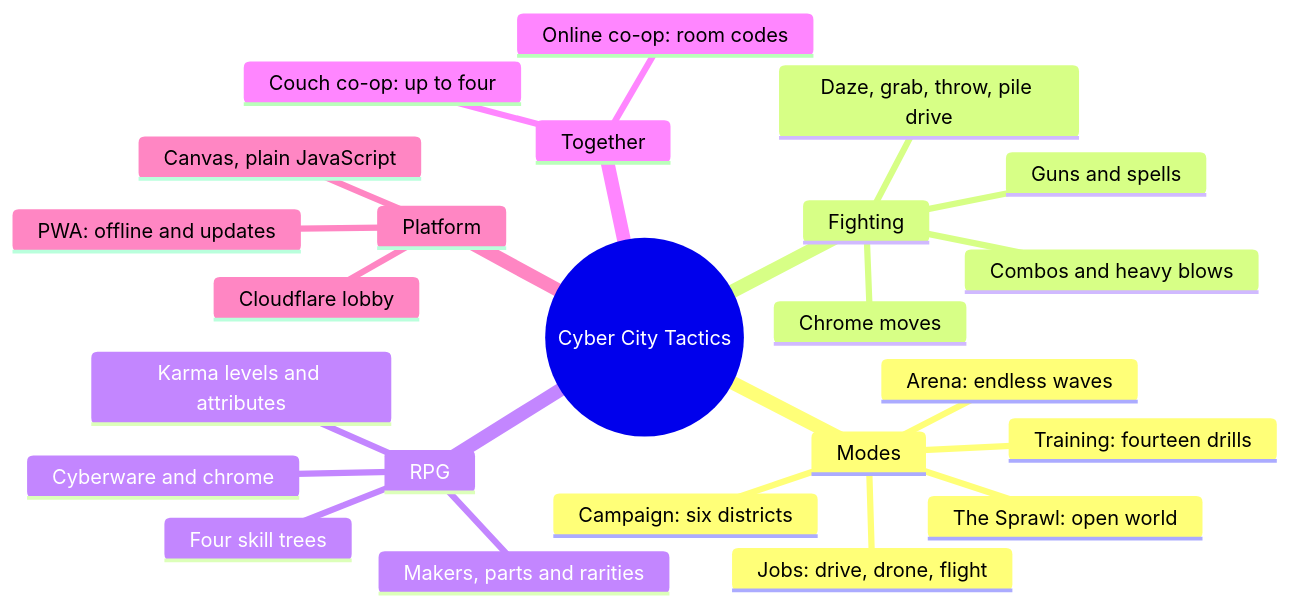
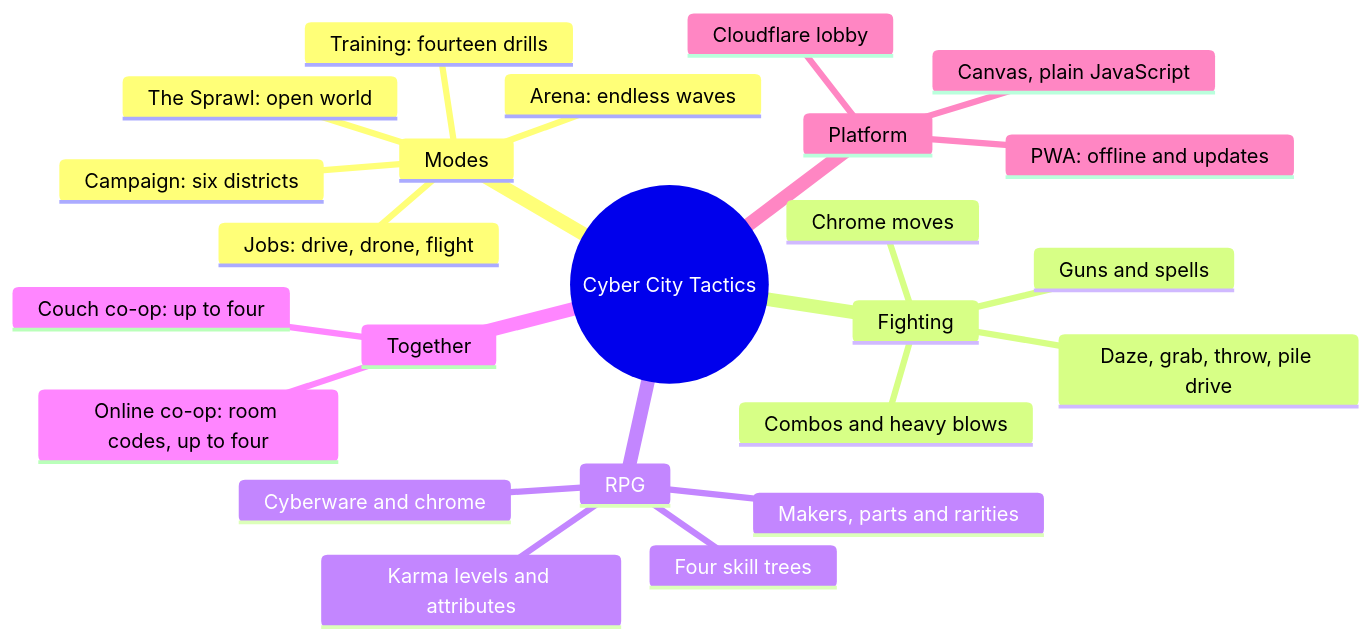
The diagram in docs/wiki/Home.md (CptNope/Cyber-City-Tactics), drawn with Mermaid before and after one commit. The commit also changed 13 other files, not shown here.

````diff
--- a/docs/wiki/Home.md
+++ b/docs/wiki/Home.md
@@ -7,27 +7,27 @@
 ```mermaid
 mindmap
   root((Cyber City Tactics))
     Modes
       Campaign: six districts
       The Sprawl: open world
       Arena: endless waves
       Jobs: drive, drone, flight
       Training: fourteen drills
     Fighting
       Combos and heavy blows
       Daze, grab, throw, pile drive
       Guns and spells
       Chrome moves
     RPG
       Karma levels and attributes
       Four skill trees
       Makers, parts and rarities
       Cyberware and chrome
     Together
       Couch co-op: up to four
-      Online co-op: room codes
+      Online co-op: room codes, up to four
     Platform
       Canvas, plain JavaScript
       PWA: offline and updates
       Cloudflare lobby
 ```
````
